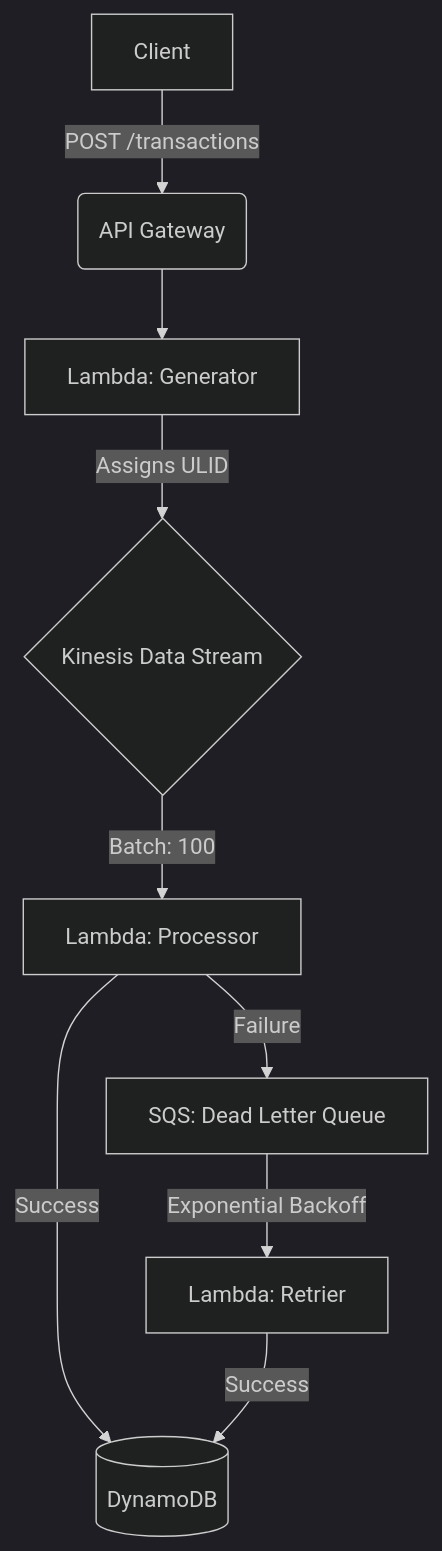
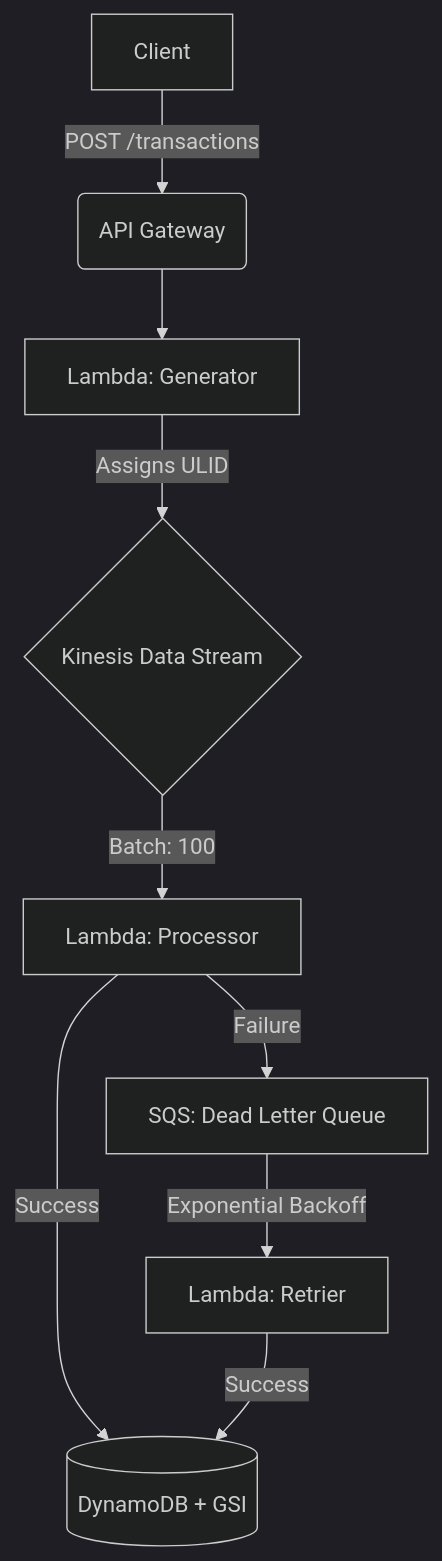
Before and after one commit to peporerto/aws-kinesis-reliability-demo: the diagram in README.md, drawn with Mermaid (dark theme). The commit also changed other lines of this file and 15 other files, not shown here.

````diff
--- a/README.md
+++ b/README.md
@@ -26,13 +35,11 @@
 ```mermaid
 graph TD
     A[Client] -->|POST /transactions| B(API Gateway)
     B --> C[Lambda: Generator]
     C -->|Assigns ULID| D{Kinesis Data Stream}
     D -->|Batch: 100| E[Lambda: Processor]
-    
-    E -->|Success| F[(DynamoDB)]
+    E -->|Success| F[(DynamoDB + GSI)]
     E -->|Failure| G[SQS: Dead Letter Queue]
-    
     G -->|Exponential Backoff| H[Lambda: Retrier]
     H -->|Success| F
 ```
````
